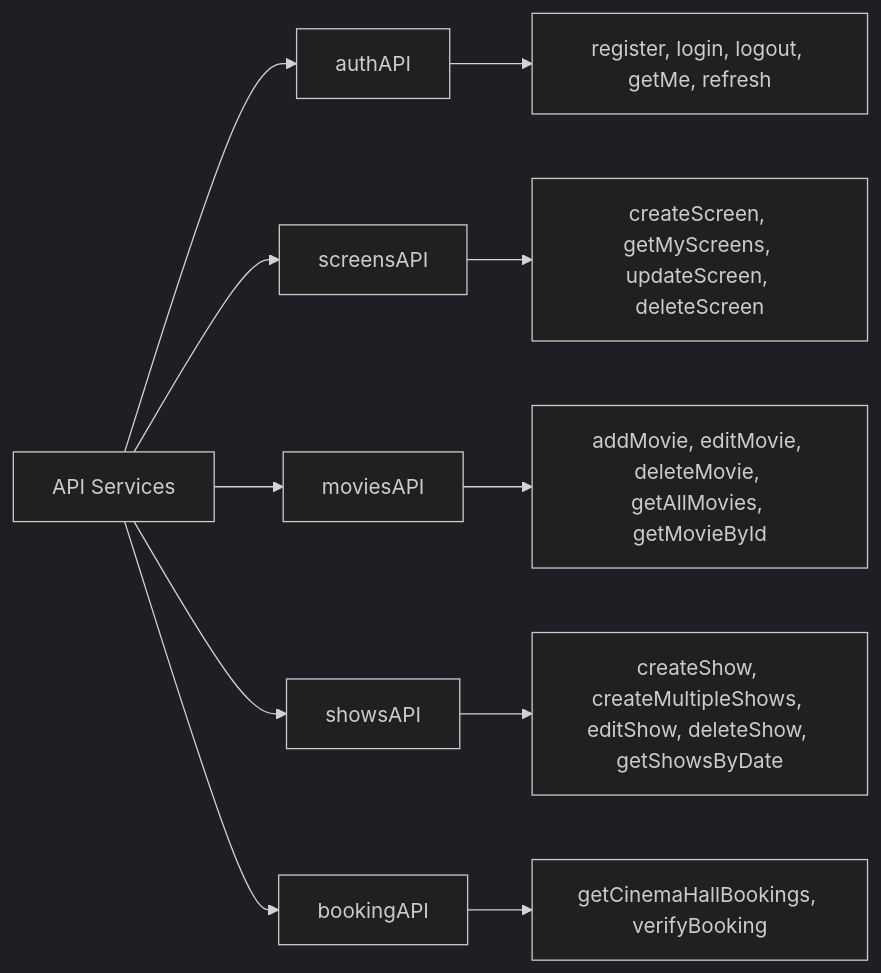
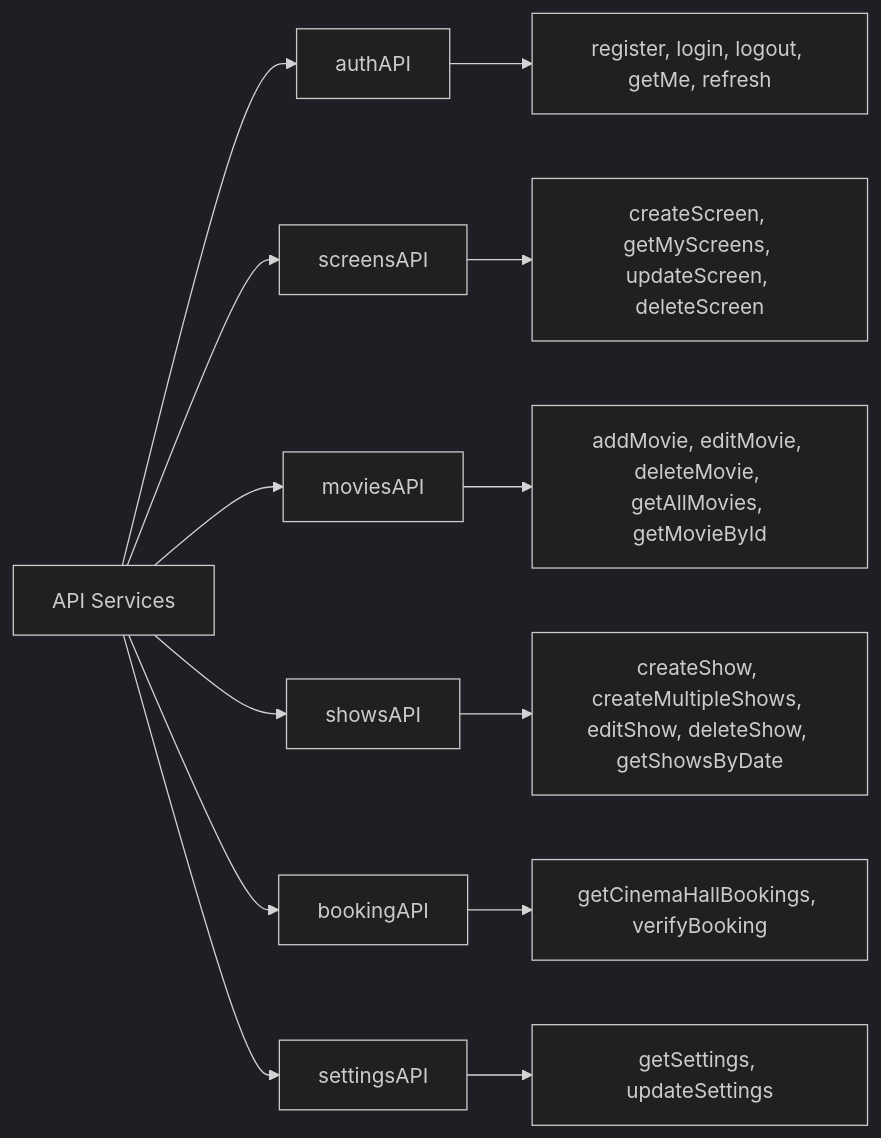
Diagram 11 of 16 in admin.md (hduraimurugan/cinema-app-docs), drawn with Mermaid (dark theme) before and after one commit. The commit also changed other lines of this file and 2 other files, not shown here.

Commit message:
update: add SettingsPage with configurable booking fees and GST; implement settings API for dynamic pricing

````diff
--- a/admin.md
+++ b/admin.md
@@ -735,14 +744,16 @@
 ```mermaid
 graph LR
     A[API Services] --> B[authAPI]
     A --> C[screensAPI]
     A --> D[moviesAPI]
     A --> E[showsAPI]
     A --> F[bookingAPI]
+    A --> G2[settingsAPI]
 
     B --> G[register, login, logout, getMe, refresh]
     C --> H[createScreen, getMyScreens, updateScreen, deleteScreen]
     D --> I[addMovie, editMovie, deleteMovie, getAllMovies, getMovieById]
     E --> J[createShow, createMultipleShows, editShow, deleteShow, getShowsByDate]
     F --> K[getCinemaHallBookings, verifyBooking]
+    G2 --> L[getSettings, updateSettings]
 ```
````
